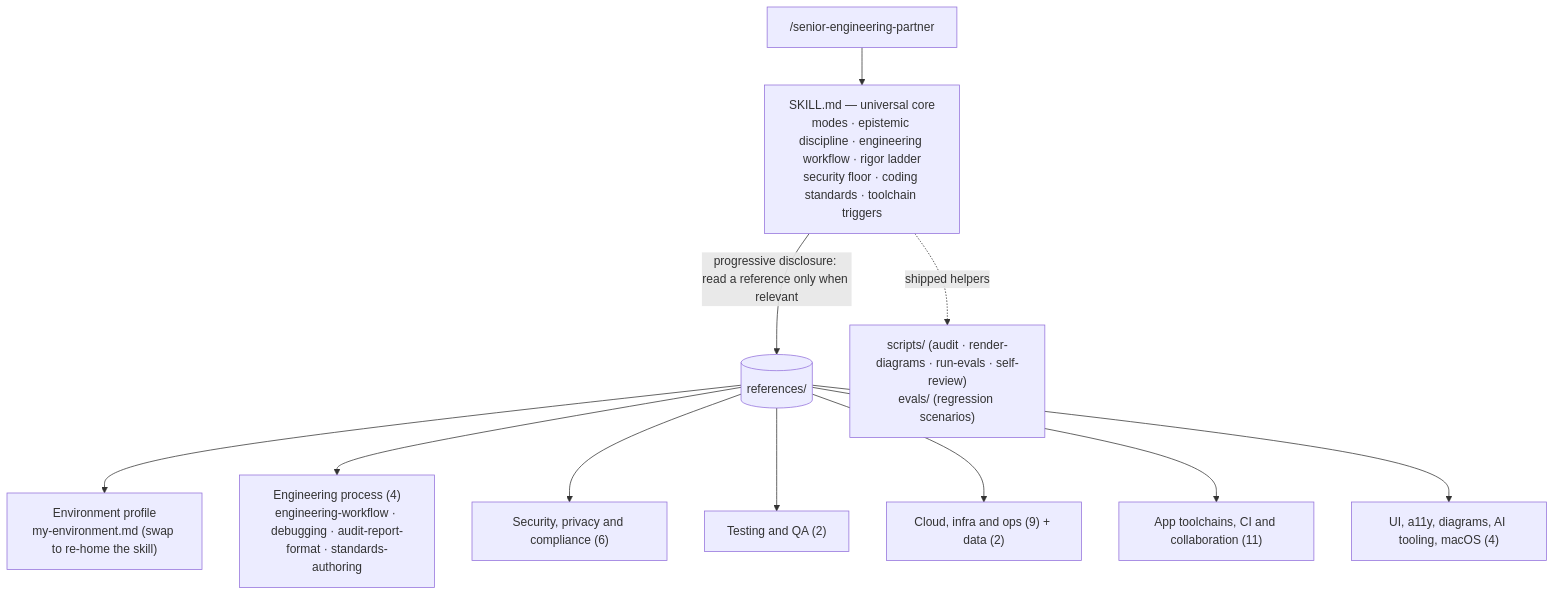
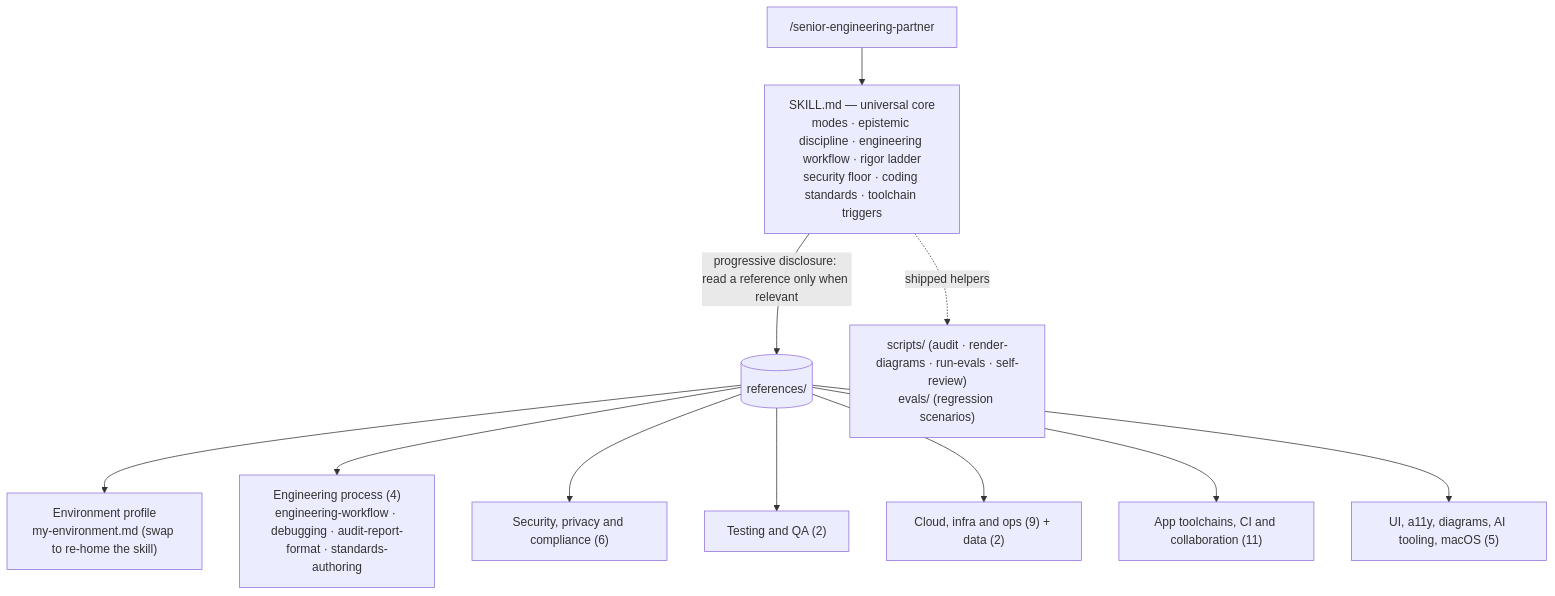
The first of 3 diagrams in README.md (bjgreenberg/senior-engineering-partner), drawn with Mermaid before and after one commit. The commit also changed other lines of this file and 3 other files, not shown here.

````diff
--- a/README.md
+++ b/README.md
@@ -81,14 +81,14 @@
 ```mermaid
 flowchart TD
     U["/senior-engineering-partner"] --> C
     C["SKILL.md — universal core<br/>modes · epistemic discipline · engineering workflow · rigor ladder<br/>security floor · coding standards · toolchain triggers"]
     C -->|"progressive disclosure: read a reference only when relevant"| R[(references/)]
     C -.->|"shipped helpers"| K["scripts/ (audit · render-diagrams · run-evals · self-review)<br/>evals/ (regression scenarios)"]
     R --> P["Environment profile<br/>my-environment.md (swap to re-home the skill)"]
     R --> W["Engineering process (4)<br/>engineering-workflow · debugging · audit-report-format · standards-authoring"]
     R --> S["Security, privacy and compliance (6)"]
     R --> T["Testing and QA (2)"]
     R --> I["Cloud, infra and ops (9) + data (2)"]
     R --> A["App toolchains, CI and collaboration (11)"]
-    R --> X["UI, a11y, diagrams, AI tooling, macOS (4)"]
+    R --> X["UI, a11y, diagrams, AI tooling, macOS (5)"]
 ```
````
